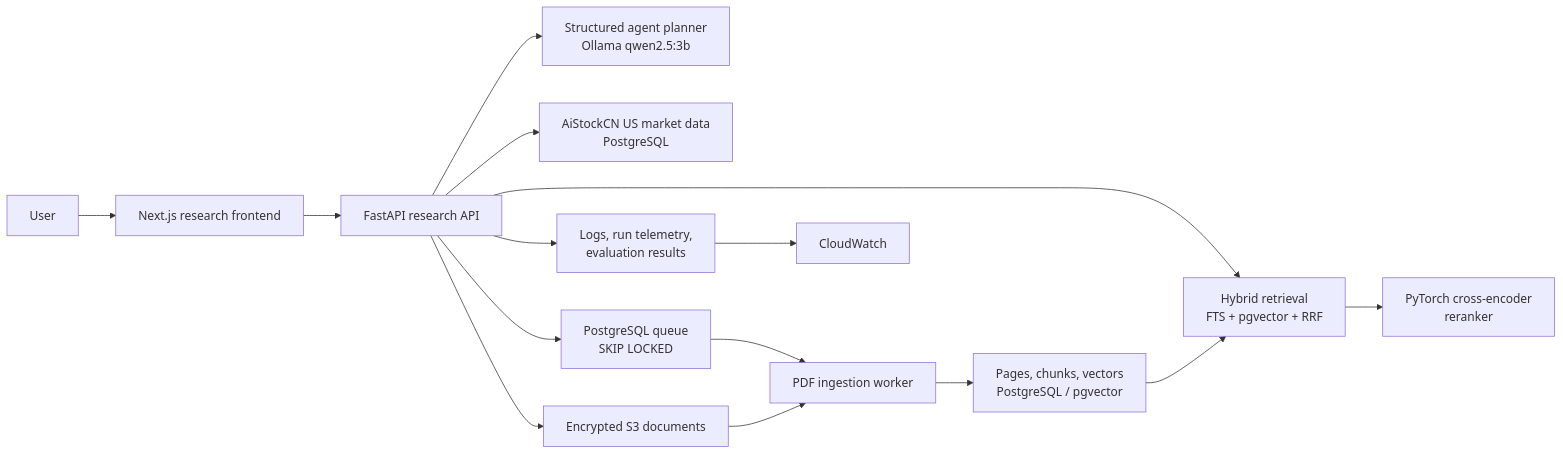
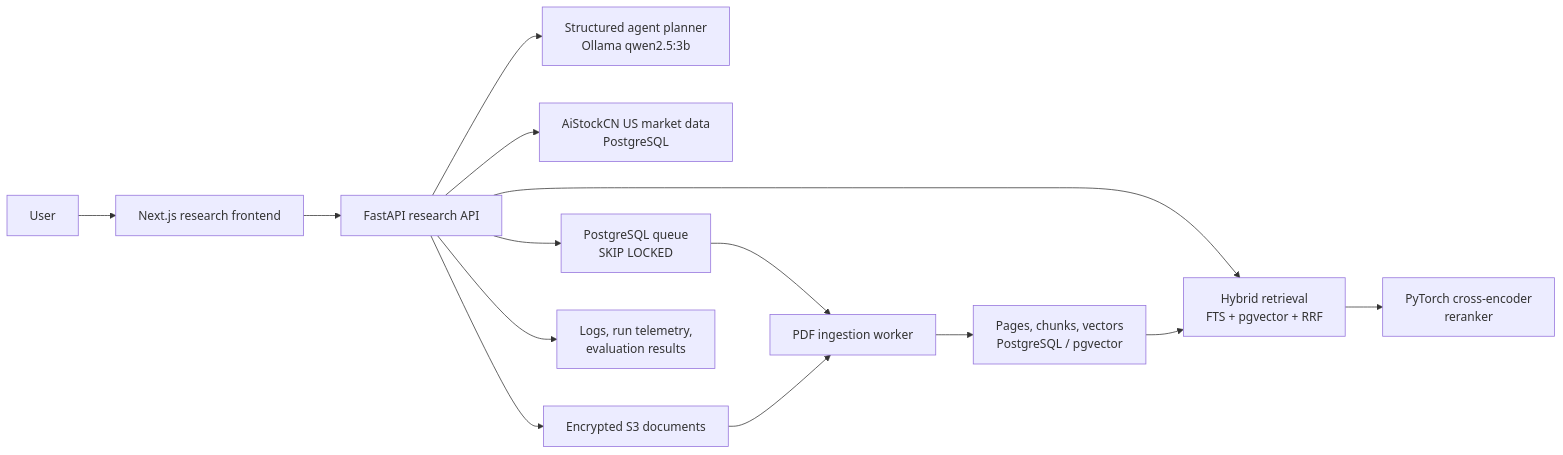
The diagram in docs/RESEARCH_COPILOT.md (thisiscatcode/aistockcn), drawn with Mermaid before and after one commit. The commit also changed other lines of this file and 3 other files, not shown here.

````diff
--- a/docs/RESEARCH_COPILOT.md
+++ b/docs/RESEARCH_COPILOT.md
@@ -31,17 +29,16 @@
 ```mermaid
 flowchart LR
     U["User"] --> W["Next.js research frontend"]
     W --> A["FastAPI research API"]
     A --> P["Structured agent planner\nOllama qwen2.5:3b"]
     A --> D["AiStockCN US market data\nPostgreSQL"]
     A --> H["Hybrid retrieval\nFTS + pgvector + RRF"]
     H --> R["PyTorch cross-encoder\nreranker"]
     A --> Q["PostgreSQL queue\nSKIP LOCKED"]
     A --> S["Encrypted S3 documents"]
     Q --> K["PDF ingestion worker"]
     S --> K
     K --> V["Pages, chunks, vectors\nPostgreSQL / pgvector"]
     V --> H
     A --> O["Logs, run telemetry,\nevaluation results"]
-    O --> C["CloudWatch"]
 ```
````
